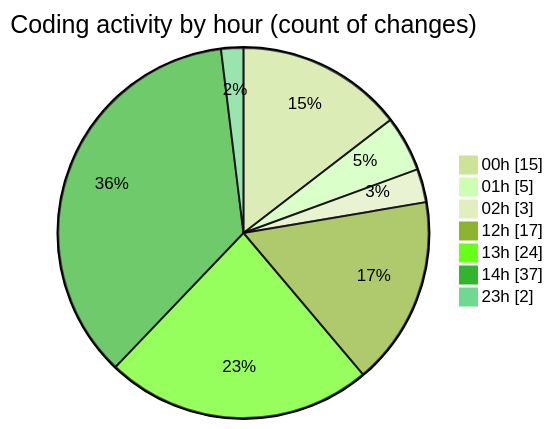
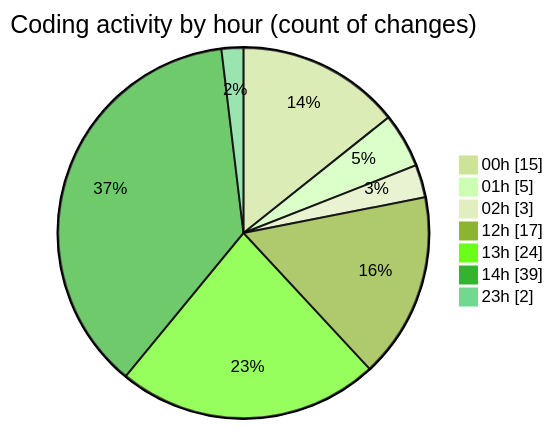
Before and after one commit to lephambinh05/code-tracking: the second of 2 diagrams in 2025-08-13/rentotp/README.md, drawn with Mermaid (forest theme). The commit also changed other lines of this file and 1 other file, not shown here.

````diff
--- a/2025-08-13/rentotp/README.md
+++ b/2025-08-13/rentotp/README.md
@@ -46,11 +46,11 @@
 ```mermaid
 pie showData
 title Coding activity by hour (count of changes)
 "00h" : 15
 "01h" : 5
 "02h" : 3
 "12h" : 17
 "13h" : 24
-"14h" : 37
+"14h" : 39
 "23h" : 2
 ```
````
